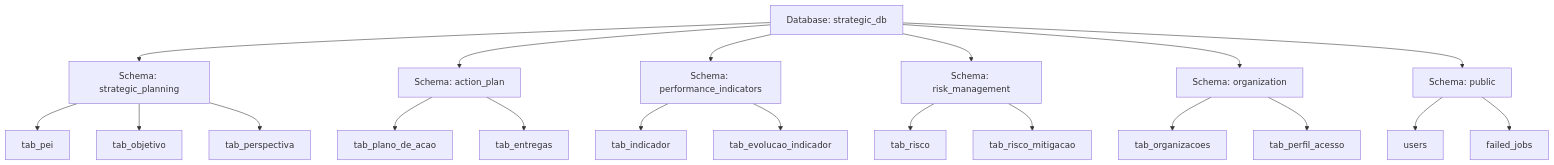
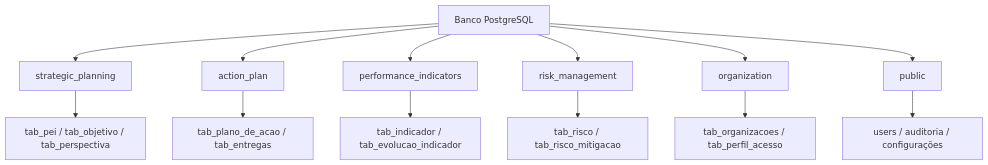
The diagram in README.md (marcioaxn/full-strategic-planning), drawn with Mermaid before and after one commit. The commit also changed other lines of this file and 4 other files, not shown here.

````diff
--- a/README.md
+++ b/README.md
@@ -247,28 +127,16 @@
 ```mermaid
 graph TD
-    DB[Database: strategic_db] --> SP[Schema: strategic_planning]
-    DB --> AP[Schema: action_plan]
-    DB --> PI[Schema: performance_indicators]
-    DB --> RM[Schema: risk_management]
-    DB --> ORG[Schema: organization]
-    DB --> PUB[Schema: public]
+    DB[Banco PostgreSQL] --> SP[strategic_planning]
+    DB --> AP[action_plan]
+    DB --> PI[performance_indicators]
+    DB --> RM[risk_management]
+    DB --> ORG[organization]
+    DB --> PUB[public]
 
-    SP --> T1[tab_pei]
-    SP --> T2[tab_objetivo]
-    SP --> T3[tab_perspectiva]
-
-    AP --> T4[tab_plano_de_acao]
-    AP --> T5[tab_entregas]
-
-    PI --> T6[tab_indicador]
-    PI --> T7[tab_evolucao_indicador]
-
-    RM --> T8[tab_risco]
-    RM --> T9[tab_risco_mitigacao]
-
-    ORG --> T10[tab_organizacoes]
-    ORG --> T11[tab_perfil_acesso]
-
-    PUB --> T12[users]
-    PUB --> T13[failed_jobs]
+    SP --> S1[tab_pei / tab_objetivo / tab_perspectiva]
+    AP --> A1[tab_plano_de_acao / tab_entregas]
+    PI --> P1[tab_indicador / tab_evolucao_indicador]
+    RM --> R1[tab_risco / tab_risco_mitigacao]
+    ORG --> O1[tab_organizacoes / tab_perfil_acesso]
+    PUB --> U1[users / auditoria / configurações]
 ```
````
